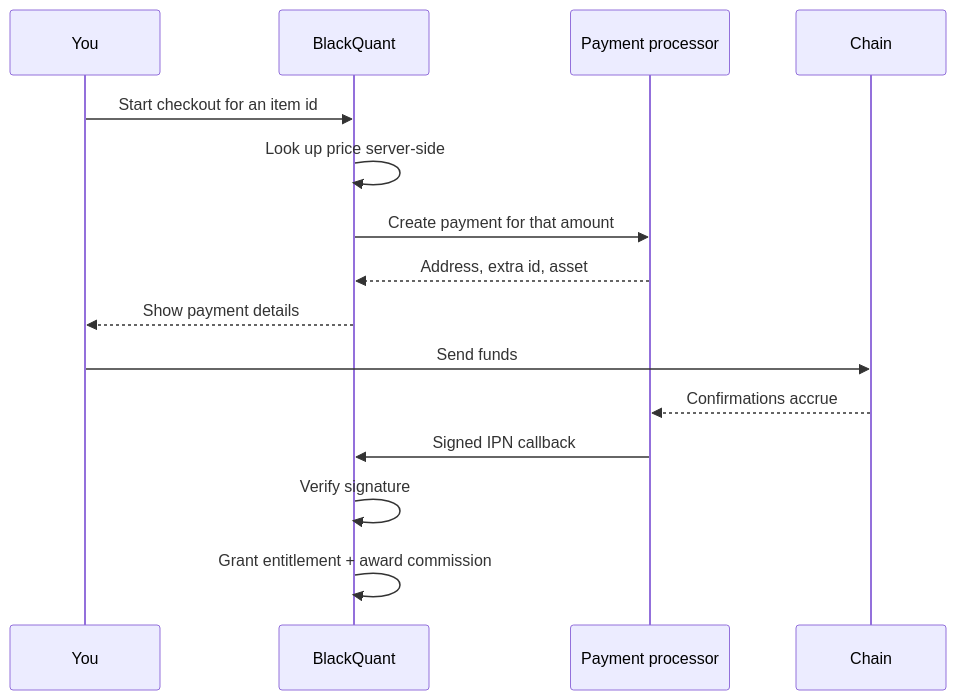
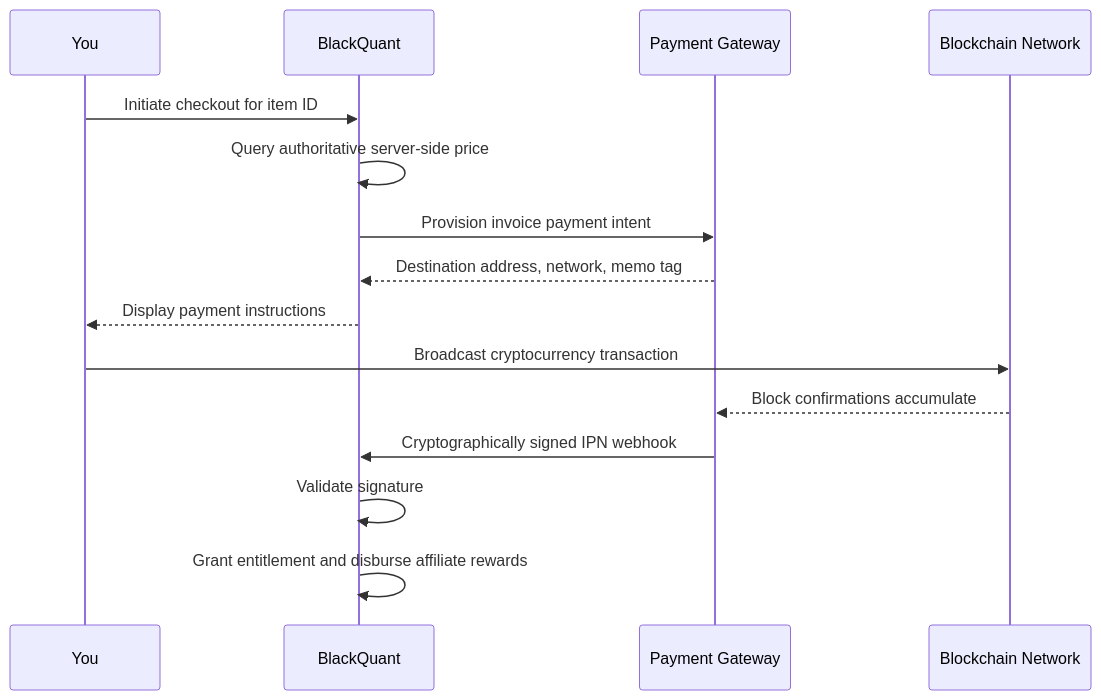
Before and after one commit to rempprandy/docs: the diagram in billing/paying-with-crypto.mdx, drawn with Mermaid. The commit also changed other lines of this file and 37 other files, not shown here.

````diff
--- a/billing/paying-with-crypto.mdx
+++ b/billing/paying-with-crypto.mdx
@@ -22,18 +23,18 @@
 ```mermaid
 sequenceDiagram
     participant U as You
     participant B as BlackQuant
-    participant P as Payment processor
-    participant C as Chain
+    participant P as Payment Gateway
+    participant C as Blockchain Network
 
-    U->>B: Start checkout for an item id
-    B->>B: Look up price server-side
-    B->>P: Create payment for that amount
-    P-->>B: Address, extra id, asset
-    B-->>U: Show payment details
-    U->>C: Send funds
-    C-->>P: Confirmations accrue
-    P->>B: Signed IPN callback
-    B->>B: Verify signature
-    B->>B: Grant entitlement + award commission
+    U->>B: Initiate checkout for item ID
+    B->>B: Query authoritative server-side price
+    B->>P: Provision invoice payment intent
+    P-->>B: Destination address, network, memo tag
+    B-->>U: Display payment instructions
+    U->>C: Broadcast cryptocurrency transaction
+    C-->>P: Block confirmations accumulate
+    P->>B: Cryptographically signed IPN webhook
+    B->>B: Validate signature
+    B->>B: Grant entitlement and disburse affiliate rewards
 ```
````
